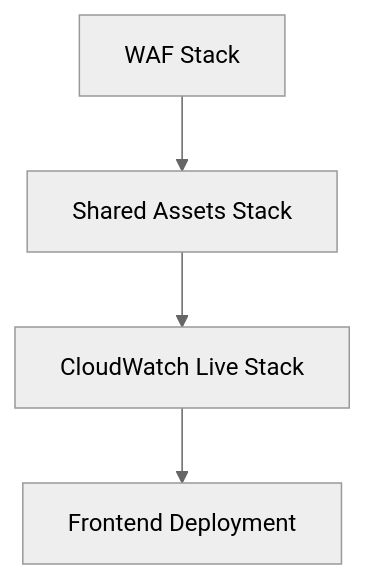
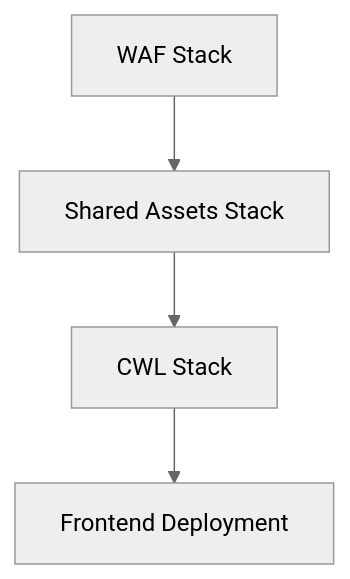
Before and after one commit to vesnathan/nl-mono-repo: the diagram in README.md, drawn with Mermaid (neutral theme). The commit also changed other lines of this file and 21 other files, not shown here.

````diff
--- a/README.md
+++ b/README.md
@@ -220,6 +236,6 @@
 ```mermaid
 graph TB
     A[WAF Stack] --> B[Shared Assets Stack]
-    B --> C[CloudWatch Live Stack]
+    B --> C[CWL Stack]
     C --> D[Frontend Deployment]
 ```
````
